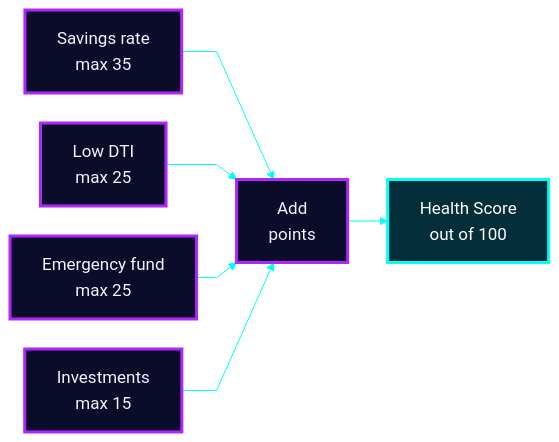
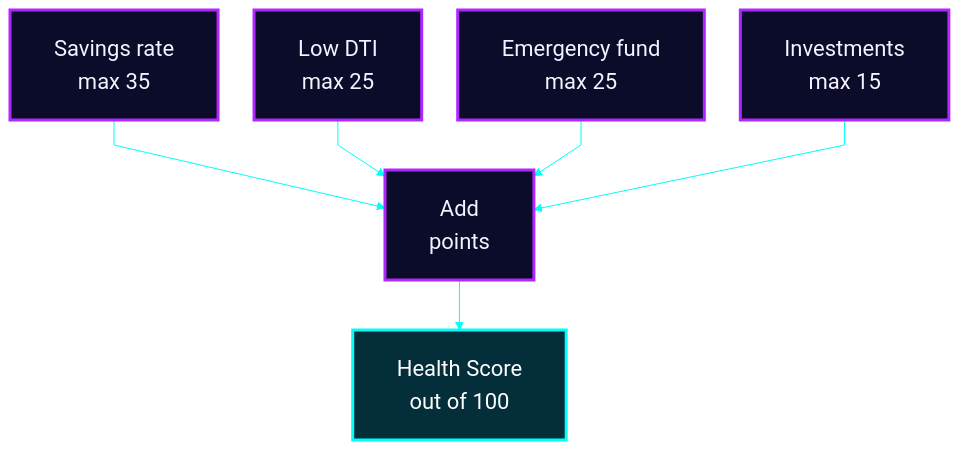
One commit to Mansi232323/MANSHORA changed the tenth of 17 diagrams in README.md. Above: the diagram before and after it, drawn with Mermaid. The commit also changed other lines of this file, not shown here.

````diff
--- a/README.md
+++ b/README.md
@@ -387,13 +373,13 @@
 ```mermaid
-%%{init: {'theme':'base','themeVariables':{'fontSize':'17px','fontFamily':'Arial, Helvetica, sans-serif','primaryColor':'#0b0b2a','primaryTextColor':'#f5f3ff','primaryBorderColor':'#b026ff','lineColor':'#00fff7','textColor':'#f5f3ff','edgeLabelBackground':'#0b0b2a'},'flowchart':{'htmlLabels':true,'nodeSpacing':30,'rankSpacing':40,'padding':16,'curve':'linear'}}}%%
-flowchart LR
+%%{init: {'theme':'base','themeVariables':{'fontSize':'22px','fontFamily':'Arial, Helvetica, sans-serif','primaryColor':'#0b0b2a','primaryTextColor':'#f5f3ff','primaryBorderColor':'#b026ff','lineColor':'#00fff7','textColor':'#f5f3ff','edgeLabelBackground':'#0b0b2a'},'flowchart':{'htmlLabels':false,'nodeSpacing':36,'rankSpacing':50,'padding':22,'curve':'linear'}}}%%
+flowchart TD
     SR["Savings rate<br/>max 35"] --> SUM["Add<br/>points"]
     DT["Low DTI<br/>max 25"] --> SUM
     EF["Emergency fund<br/>max 25"] --> SUM
     IV["Investments<br/>max 15"] --> SUM
     SUM --> SC["Health Score<br/>out of 100"]
     classDef a fill:#0b0b2a,stroke:#b026ff,stroke-width:3px,color:#f5f3ff
     classDef o fill:#042f3a,stroke:#00fff7,stroke-width:3px,color:#ffffff
     class SR,DT,EF,IV,SUM a
     class SC o
 ```
````
